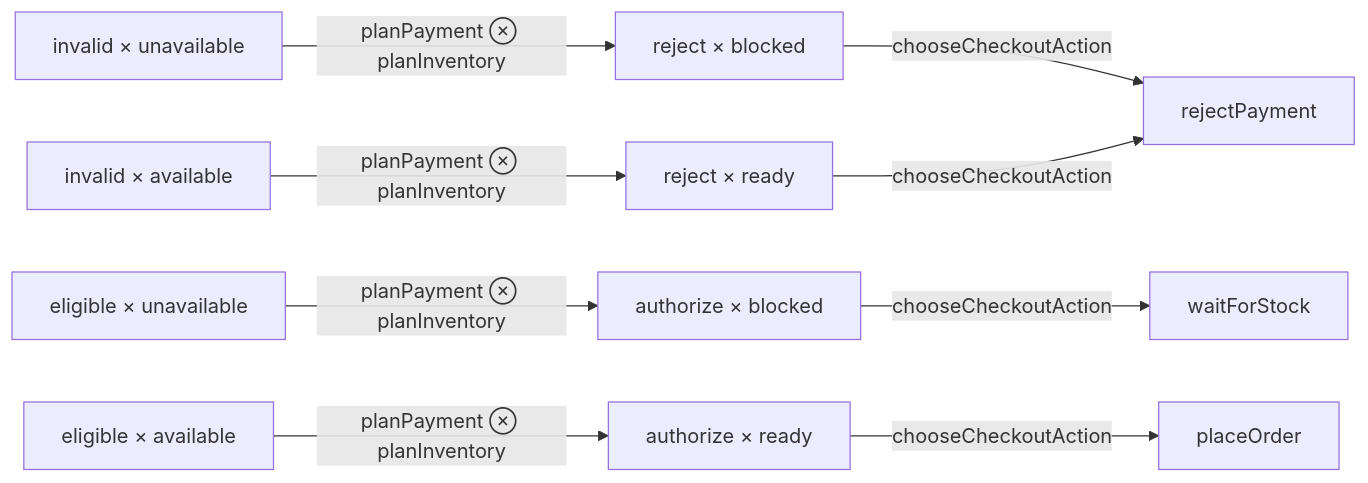
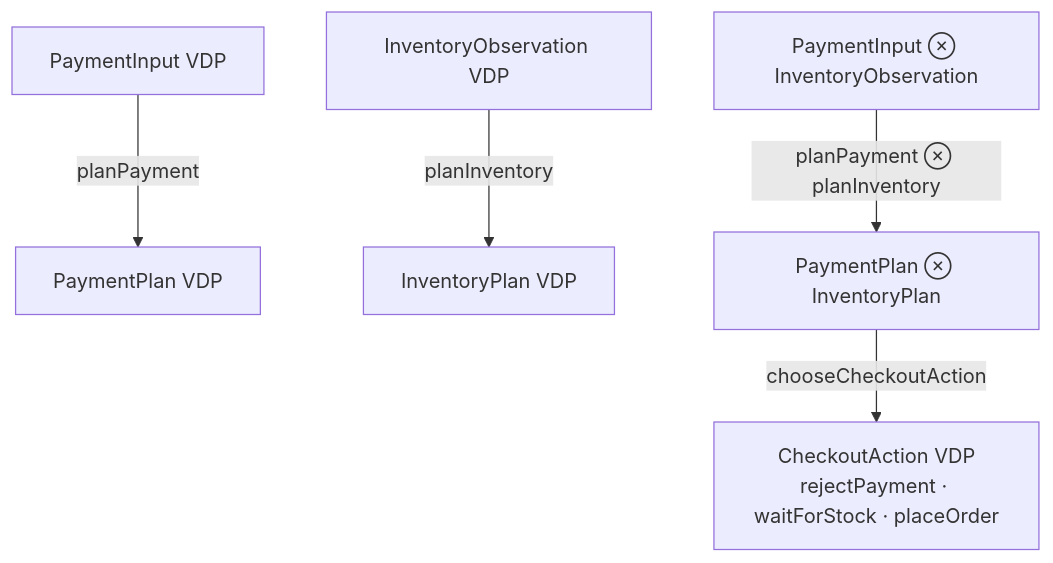
Before and after one commit to mrvanish97/archiscript: the second of 2 diagrams in README.md, drawn with Mermaid. The commit also changed other lines of this file, not shown here.

Commit message:
docs: make README concise and clarify tensor architecture

````diff
--- a/README.md
+++ b/README.md
@@ -430,7 +78,12 @@
 ```mermaid
-flowchart LR
-  A["invalid × unavailable"] -->|"planPayment ⊗ planInventory"| A1["reject × blocked"] -->|"chooseCheckoutAction"| X["rejectPayment"]
-  B["invalid × available"] -->|"planPayment ⊗ planInventory"| B1["reject × ready"] -->|"chooseCheckoutAction"| X
-  C["eligible × unavailable"] -->|"planPayment ⊗ planInventory"| C1["authorize × blocked"] -->|"chooseCheckoutAction"| Y["waitForStock"]
-  D["eligible × available"] -->|"planPayment ⊗ planInventory"| D1["authorize × ready"] -->|"chooseCheckoutAction"| Z["placeOrder"]
+flowchart TB
+  P["PaymentInput VDP"] -->|"planPayment"| PP["PaymentPlan VDP"]
+  I["InventoryObservation VDP"] -->|"planInventory"| IP["InventoryPlan VDP"]
+
+  JI["PaymentInput ⊗ InventoryObservation"]
+  JP["PaymentPlan ⊗ InventoryPlan"]
+  A["CheckoutAction VDP<br/>rejectPayment · waitForStock · placeOrder"]
+
+  JI -->|"planPayment ⊗ planInventory"| JP
+  JP -->|"chooseCheckoutAction"| A
 ```
````
